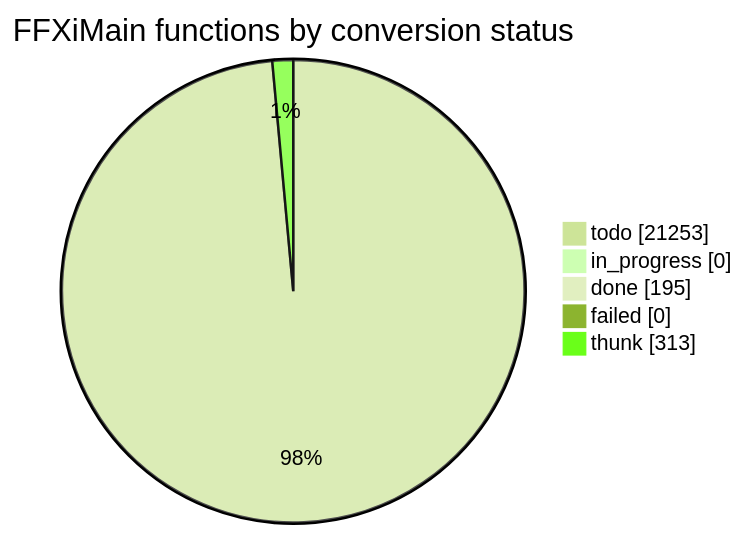
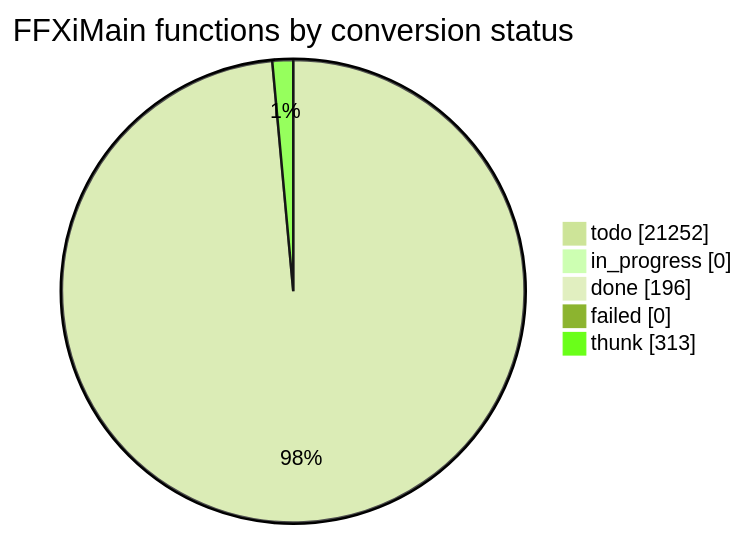
One commit to cowrevenge/cow_kuluu_xi_anything changed the diagram in docs/cow/STATUS.md. Above: the diagram before and after it, drawn with Mermaid (forest theme). The commit also changed other lines of this file and 9 other files, not shown here.

````diff
--- a/docs/cow/STATUS.md
+++ b/docs/cow/STATUS.md
@@ -18,9 +18,9 @@
 ```mermaid
 pie showData
     title FFXiMain functions by conversion status
-    "todo" : 21253
+    "todo" : 21252
     "in_progress" : 0
-    "done" : 195
+    "done" : 196
     "failed" : 0
     "thunk" : 313
 ```
````
